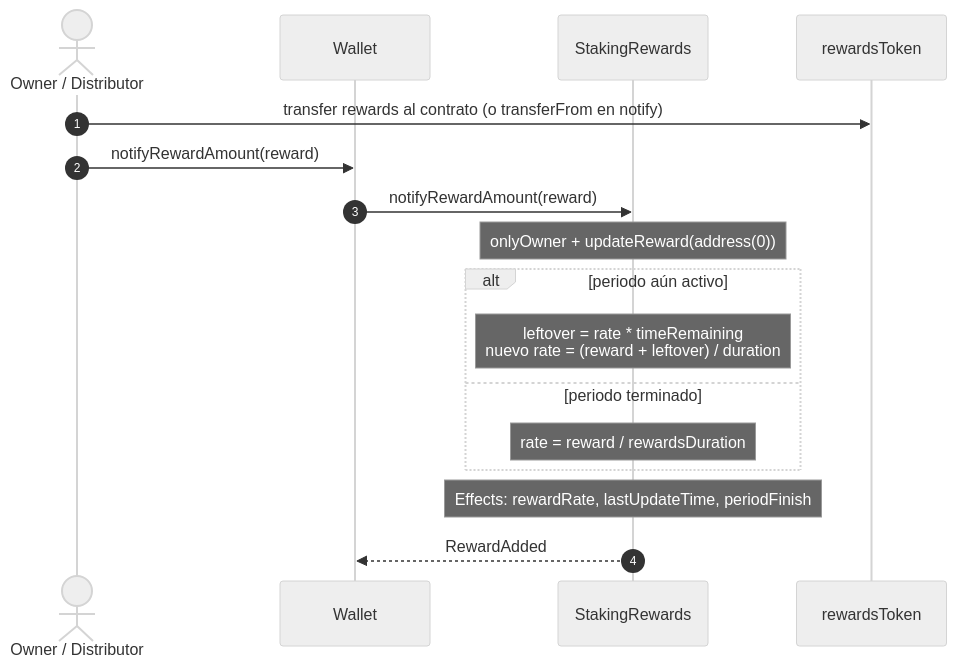
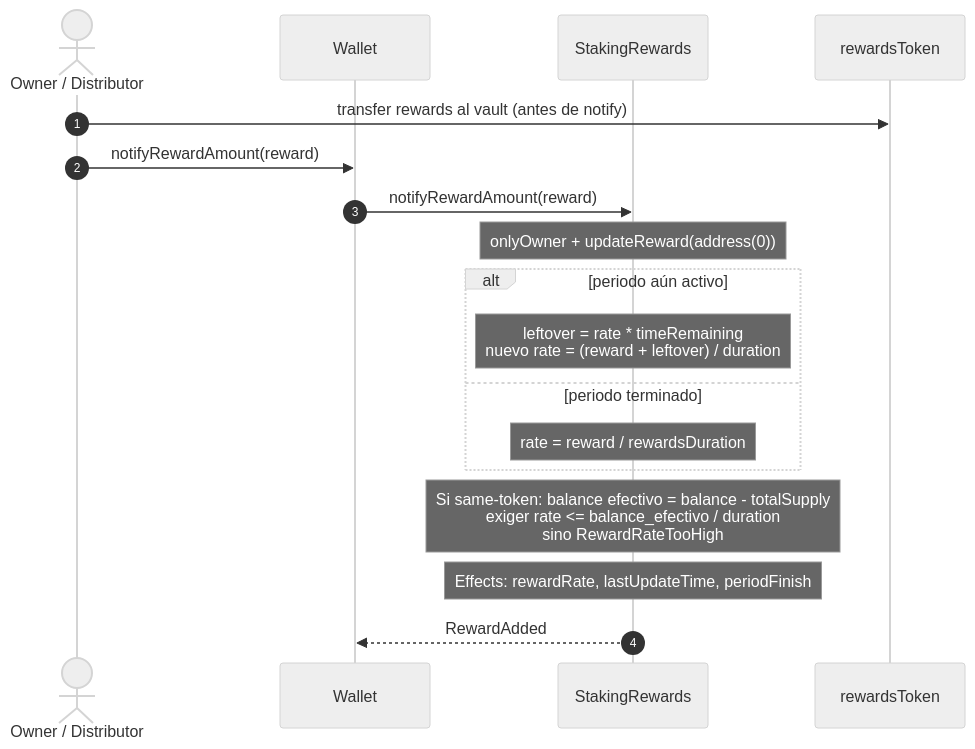
The sixth of 8 diagrams in doc/02-diagrama-flujo.md (rastrahm/staking), drawn with Mermaid (neutral theme) before and after one commit. The commit also changed other lines of this file and 9 other files, not shown here.

````diff
--- a/doc/02-diagrama-flujo.md
+++ b/doc/02-diagrama-flujo.md
@@ -134,20 +134,21 @@
 ```mermaid
 sequenceDiagram
     autonumber
     actor O as Owner / Distributor
     participant W as Wallet
     participant S as StakingRewards
     participant R as rewardsToken
 
-    O->>R: transfer rewards al contrato (o transferFrom en notify)
+    O->>R: transfer rewards al vault (antes de notify)
     O->>W: notifyRewardAmount(reward)
     W->>S: notifyRewardAmount(reward)
     Note over S: onlyOwner + updateReward(address(0))
     alt periodo aún activo
         Note over S: leftover = rate * timeRemaining<br/>nuevo rate = (reward + leftover) / duration
     else periodo terminado
         Note over S: rate = reward / rewardsDuration
     end
+    Note over S: Si same-token: balance efectivo = balance - totalSupply<br/>exiger rate <= balance_efectivo / duration<br/>sino RewardRateTooHigh
     Note over S: Effects: rewardRate, lastUpdateTime, periodFinish
     S-->>W: RewardAdded
 ```
````
